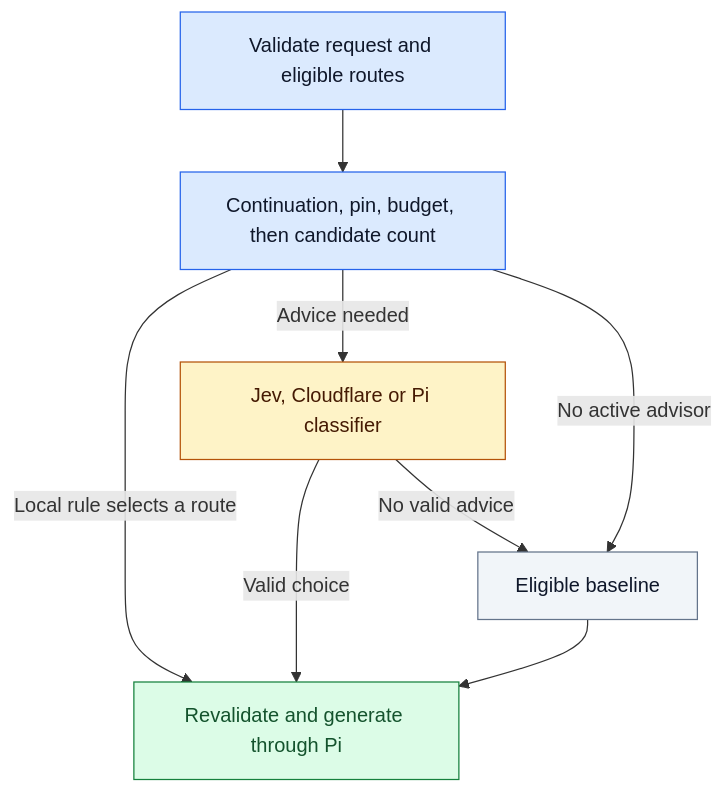
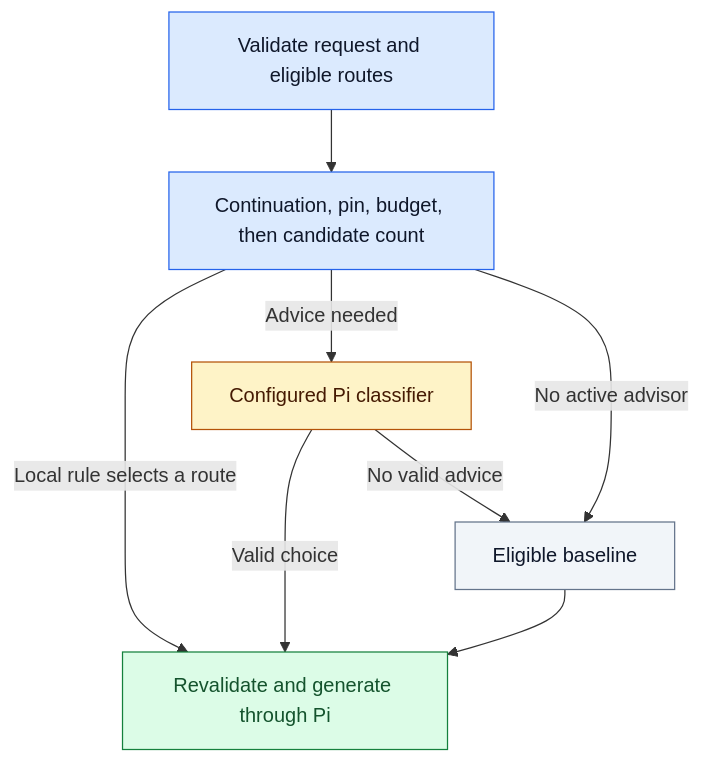
One commit to alexei-led/pi-model-router changed the second of 3 diagrams in docs/architecture.md. Above: the diagram before and after it, drawn with Mermaid. The commit also changed other lines of this file and 48 other files, not shown here.

````diff
--- a/docs/architecture.md
+++ b/docs/architecture.md
@@ -54,18 +50,18 @@
 ```mermaid
 flowchart TD
     Start["Validate request and eligible routes"] --> Policy["Continuation, pin, budget, then candidate count"]
     Policy -->|"Local rule selects a route"| Generate["Revalidate and generate through Pi"]
-    Policy -->|"Advice needed"| Advisor["Jev, Cloudflare or Pi classifier"]
+    Policy -->|"Advice needed"| Advisor["Configured Pi classifier"]
     Advisor -->|"Valid choice"| Generate
     Advisor -->|"No valid advice"| Baseline["Eligible baseline"]
     Policy -->|"No active advisor"| Baseline
     Baseline --> Generate
     classDef policy fill:#dbeafe,stroke:#2563eb,color:#0f172a
     classDef advisor fill:#fef3c7,stroke:#b45309,color:#451a03
     classDef generation fill:#dcfce7,stroke:#15803d,color:#14532d
     classDef local fill:#f1f5f9,stroke:#64748b,color:#0f172a
     class Start,Policy policy
     class Advisor advisor
     class Generate generation
     class Baseline local
 ```
````
